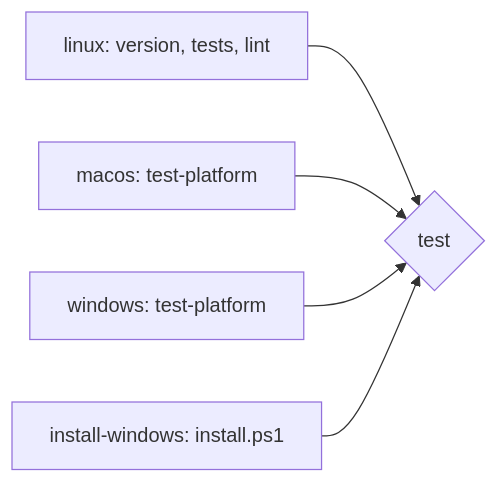
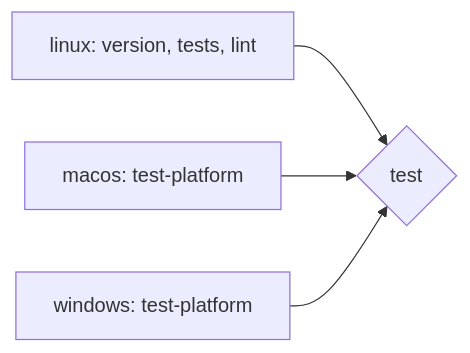
One commit to turkosaurus/synth changed the diagram in .github/workflows/README.md. Above: the diagram before and after it, drawn with Mermaid. The commit also changed other lines of this file and 8 other files, not shown here.

````diff
--- a/.github/workflows/README.md
+++ b/.github/workflows/README.md
@@ -10,7 +10,6 @@
 ```mermaid
 flowchart LR
     linux["linux: version, tests, lint"] --> test{test}
     macos["macos: test-platform"] --> test
     windows["windows: test-platform"] --> test
-    install["install-windows: install.ps1"] --> test
 ```
````
